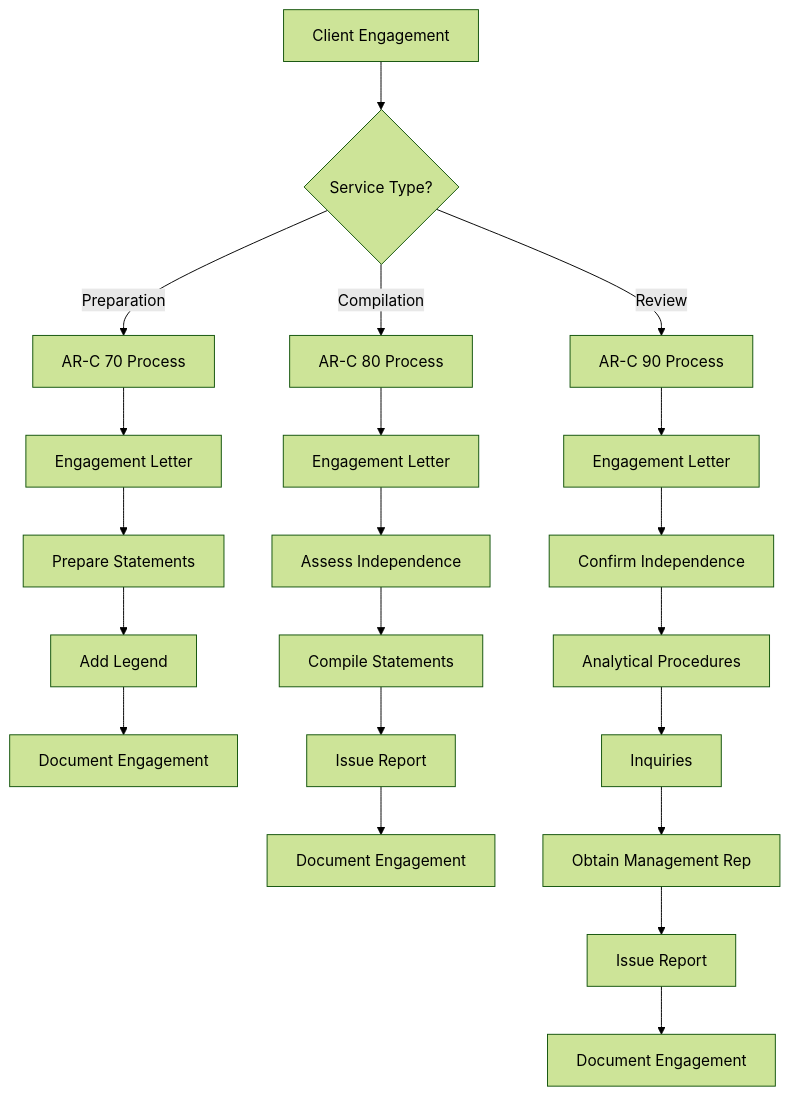
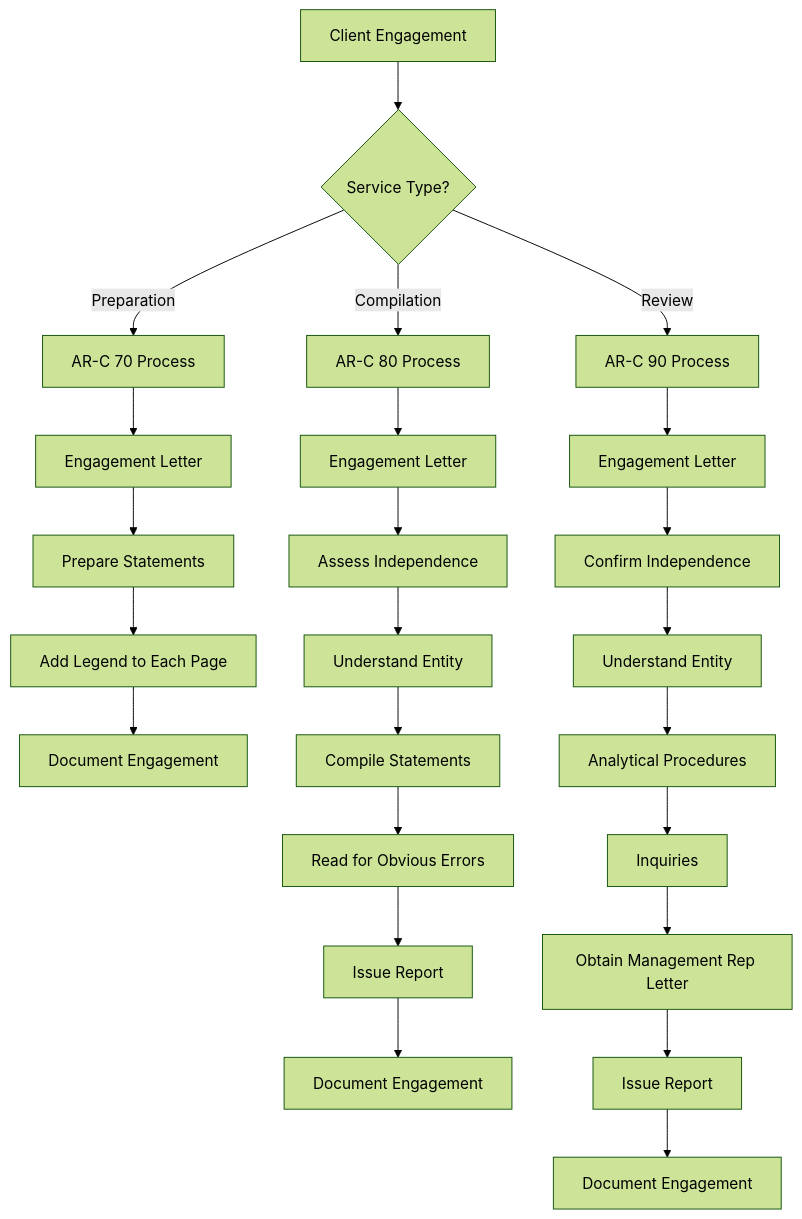
Before and after one commit to CJCPAs/CJCPAs-Ultimate-SSARS-Library: the diagram in README.md, drawn with Mermaid (forest theme). The commit also changed other lines of this file and 28 other files, not shown here.

````diff
--- a/README.md
+++ b/README.md
@@ -103,26 +141,29 @@
 ```mermaid
 graph TD
     A[Client Engagement] --> B{Service Type?}
     B -->|Preparation| C[AR-C 70 Process]
     B -->|Compilation| D[AR-C 80 Process]
     B -->|Review| E[AR-C 90 Process]
-    
+
     C --> C1[Engagement Letter]
     C1 --> C2[Prepare Statements]
-    C2 --> C3[Add Legend]
+    C2 --> C3[Add Legend to Each Page]
     C3 --> C4[Document Engagement]
-    
+
     D --> D1[Engagement Letter]
     D1 --> D2[Assess Independence]
-    D2 --> D3[Compile Statements]
-    D3 --> D4[Issue Report]
-    D4 --> D5[Document Engagement]
-    
+    D2 --> D3[Understand Entity]
+    D3 --> D4[Compile Statements]
+    D4 --> D5[Read for Obvious Errors]
+    D5 --> D6[Issue Report]
+    D6 --> D7[Document Engagement]
+
     E --> E1[Engagement Letter]
     E1 --> E2[Confirm Independence]
-    E2 --> E3[Analytical Procedures]
-    E3 --> E4[Inquiries]
-    E4 --> E5[Obtain Management Rep]
-    E5 --> E6[Issue Report]
-    E6 --> E7[Document Engagement]
+    E2 --> E3[Understand Entity]
+    E3 --> E4[Analytical Procedures]
+    E4 --> E5[Inquiries]
+    E5 --> E6[Obtain Management Rep Letter]
+    E6 --> E7[Issue Report]
+    E7 --> E8[Document Engagement]
 ```
````
